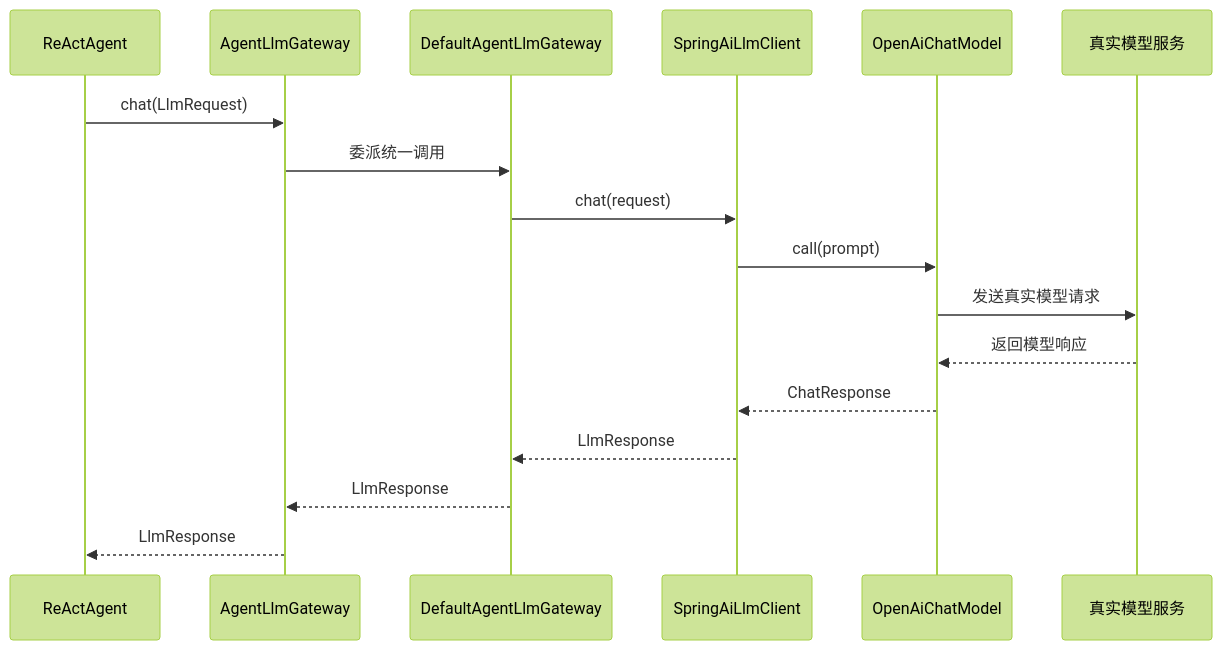
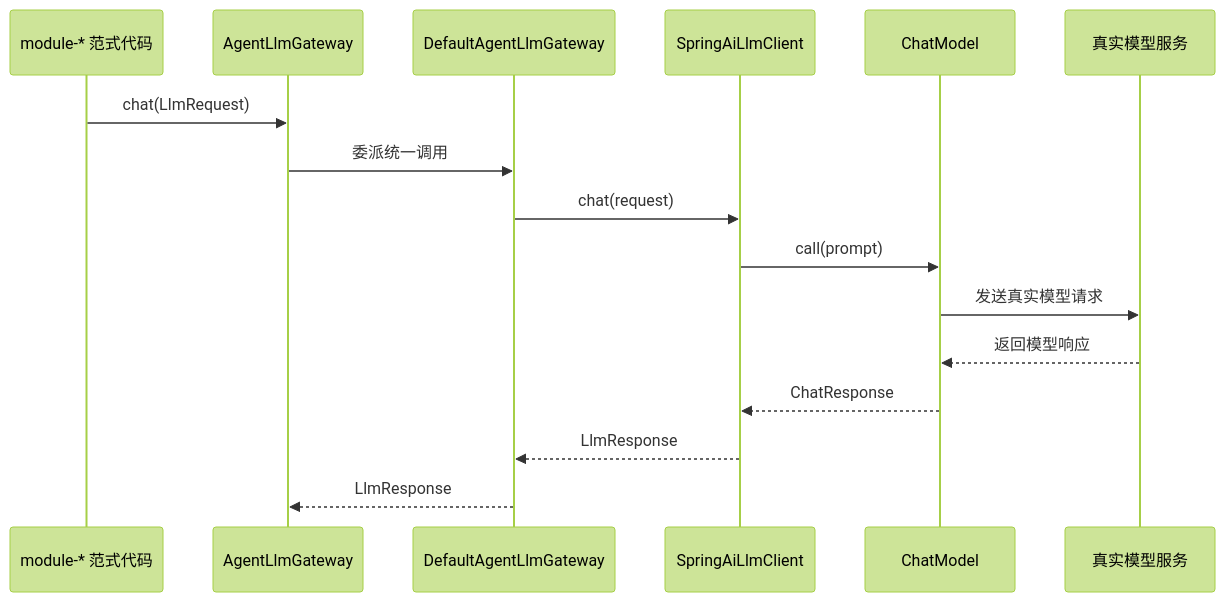
The third of 3 diagrams in docs/项目整体架构导读.md (small-xiexu/agent-learning), drawn with Mermaid (forest theme) before and after one commit. The commit also changed other lines of this file and 6 other files, not shown here.

````diff
--- a/docs/项目整体架构导读.md
+++ b/docs/项目整体架构导读.md
@@ -443,20 +305,19 @@
 ```mermaid
 sequenceDiagram
-    participant Agent as ReActAgent
+    participant Module as module-* 范式代码
     participant Gateway as AgentLlmGateway
     participant Impl as DefaultAgentLlmGateway
     participant Client as SpringAiLlmClient
-    participant ChatModel as OpenAiChatModel
+    participant ChatModel as ChatModel
     participant Model as 真实模型服务
 
-    Agent->>Gateway: chat(LlmRequest)
+    Module->>Gateway: chat(LlmRequest)
     Gateway->>Impl: 委派统一调用
     Impl->>Client: chat(request)
     Client->>ChatModel: call(prompt)
     ChatModel->>Model: 发送真实模型请求
     Model-->>ChatModel: 返回模型响应
     ChatModel-->>Client: ChatResponse
     Client-->>Impl: LlmResponse
     Impl-->>Gateway: LlmResponse
-    Gateway-->>Agent: LlmResponse
 ```
````
